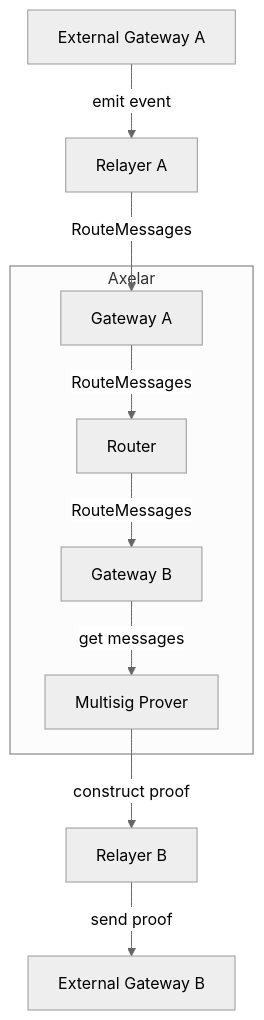
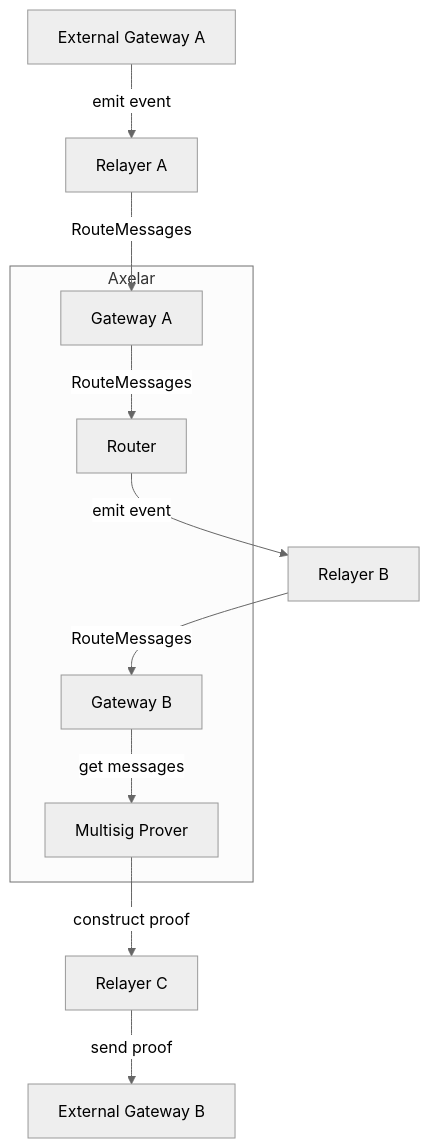
The first of 2 diagrams in doc/src/contracts/router.md (axelarnetwork/axelar-amplifier), drawn with Mermaid (neutral theme) before and after one commit. The commit also changed other lines of this file and 6 other files, not shown here.

````diff
--- a/doc/src/contracts/router.md
+++ b/doc/src/contracts/router.md
@@ -97,23 +96,25 @@
 ```mermaid
 graph TD
 
 ea[External Gateway A]
 ra[Relayer A]
 subgraph Axelar
 ta[Gateway A]
 c[Router]
 tb[Gateway B]
 m[Multisig Prover]
 end
 rb[Relayer B]
 eb[External Gateway B]
+rc[Relayer C]
 
 ea--emit event-->ra
 ra--RouteMessages-->ta
 ta--RouteMessages-->c
-c--RouteMessages-->tb
+c--emit event-->rb
+rb--RouteMessages-->tb
 tb--get messages-->m
-m--construct proof-->rb
-rb--send proof-->eb
+m--construct proof-->rc
+rc--send proof-->eb
 
 ```
````
